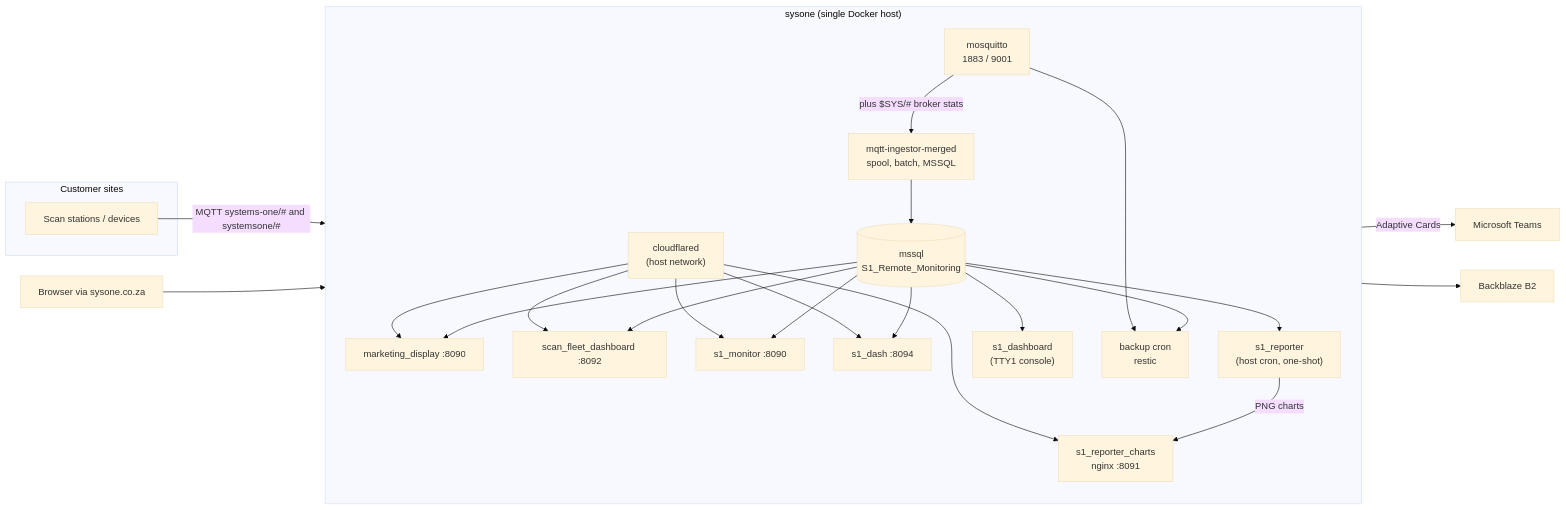
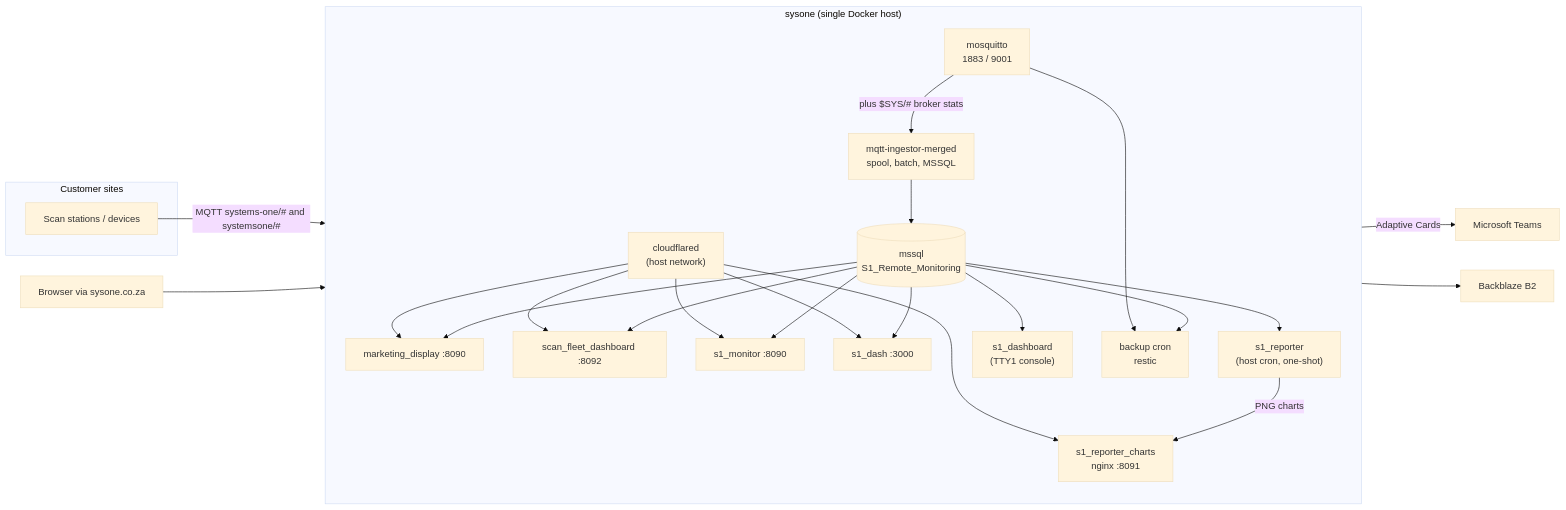
Before and after one commit to Systems-One/Systems-One-Server: the diagram in README.md, drawn with Mermaid (base theme). The commit also changed other lines of this file and 2 other files, not shown here.

Commit message:
feat(s1_dash): listen on port 3000, the port Grafana used, so the Cloudflare route stays as it is

````diff
--- a/README.md
+++ b/README.md
@@ -29,47 +29,47 @@
 ```mermaid
 flowchart LR
     subgraph sites["Customer sites"]
         dev["Scan stations / devices"]
     end
 
     subgraph host["sysone (single Docker host)"]
         direction TB
         cf["cloudflared<br/>(host network)"]
         mq["mosquitto<br/>1883 / 9001"]
         ing["mqtt-ingestor-merged<br/>spool, batch, MSSQL"]
         db[("mssql<br/>S1_Remote_Monitoring")]
         md["marketing_display :8090"]
         sfd["scan_fleet_dashboard :8092"]
         mon["s1_monitor :8090"]
-        dash["s1_dash :8094"]
+        dash["s1_dash :3000"]
         rep["s1_reporter<br/>(host cron, one-shot)"]
         charts["s1_reporter_charts<br/>nginx :8091"]
         tty["s1_dashboard<br/>(TTY1 console)"]
         bk["backup cron<br/>restic"]
     end
 
     teams["Microsoft Teams"]
     b2["Backblaze B2"]
     web["Browser via sysone.co.za"]
 
     dev -- "MQTT systems-one/# and systemsone/#" --> mq
     mq -- "plus $SYS/# broker stats" --> ing
     ing --> db
     db --> md
     db --> sfd
     db --> mon
     db --> dash
     db --> rep
     rep -- "Adaptive Cards" --> teams
     rep -- "PNG charts" --> charts
     db --> tty
     db --> bk
     mq --> bk
     bk --> b2
     web --> cf
     cf --> dash
     cf --> md
     cf --> sfd
     cf --> mon
     cf --> charts
 ```
````
